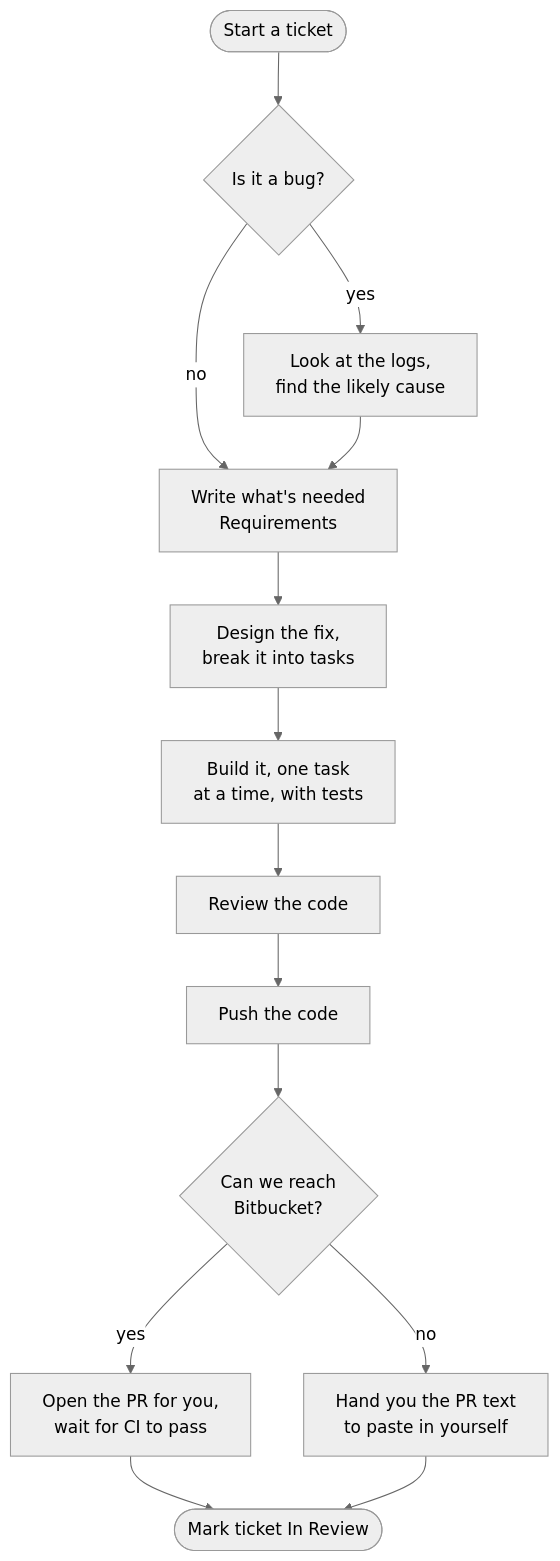
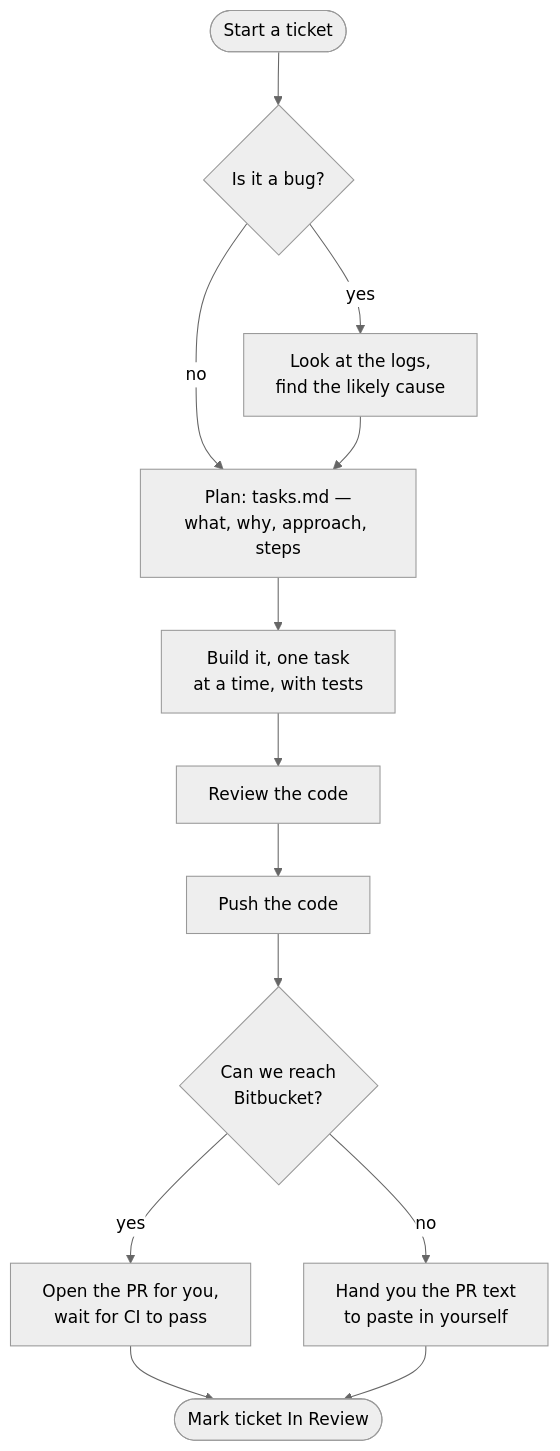
Before and after one commit to saraths-99/github-workflow: the first of 2 diagrams in docs/workflow-design.md, drawn with Mermaid (neutral theme). The commit also changed other lines of this file and 22 other files, not shown here.

First line of the commit message:
Collapse requirements/design/tasks into one tasks.md, split ticket-start by type

````diff
--- a/docs/workflow-design.md
+++ b/docs/workflow-design.md
@@ -32,16 +32,15 @@
 ```mermaid
 flowchart TD
     A([Start a ticket]) --> B{Is it a bug?}
     B -- yes --> C[Look at the logs,<br/>find the likely cause]
     B -- no --> D
-    C --> D[Write what's needed<br/>Requirements]
-    D --> E[Design the fix,<br/>break it into tasks]
-    E --> F[Build it, one task<br/>at a time, with tests]
+    C --> D[Plan: tasks.md —<br/>what, why, approach, steps]
+    D --> F[Build it, one task<br/>at a time, with tests]
     F --> G[Review the code]
     G --> H[Push the code]
     H --> I{Can we reach<br/>Bitbucket?}
     I -- yes --> J[Open the PR for you,<br/>wait for CI to pass]
     I -- no --> K[Hand you the PR text<br/>to paste in yourself]
     J --> L([Mark ticket In Review])
     K --> L
 ```
````
